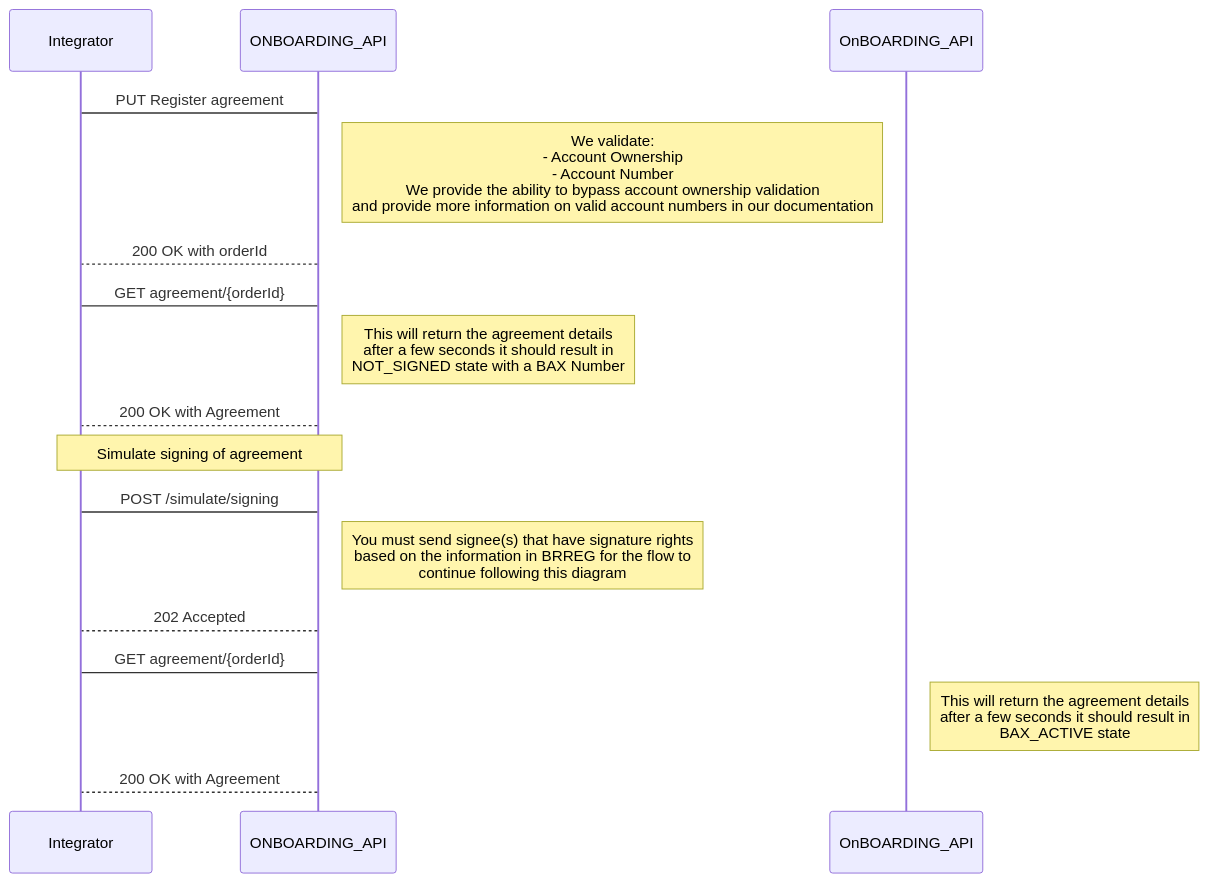
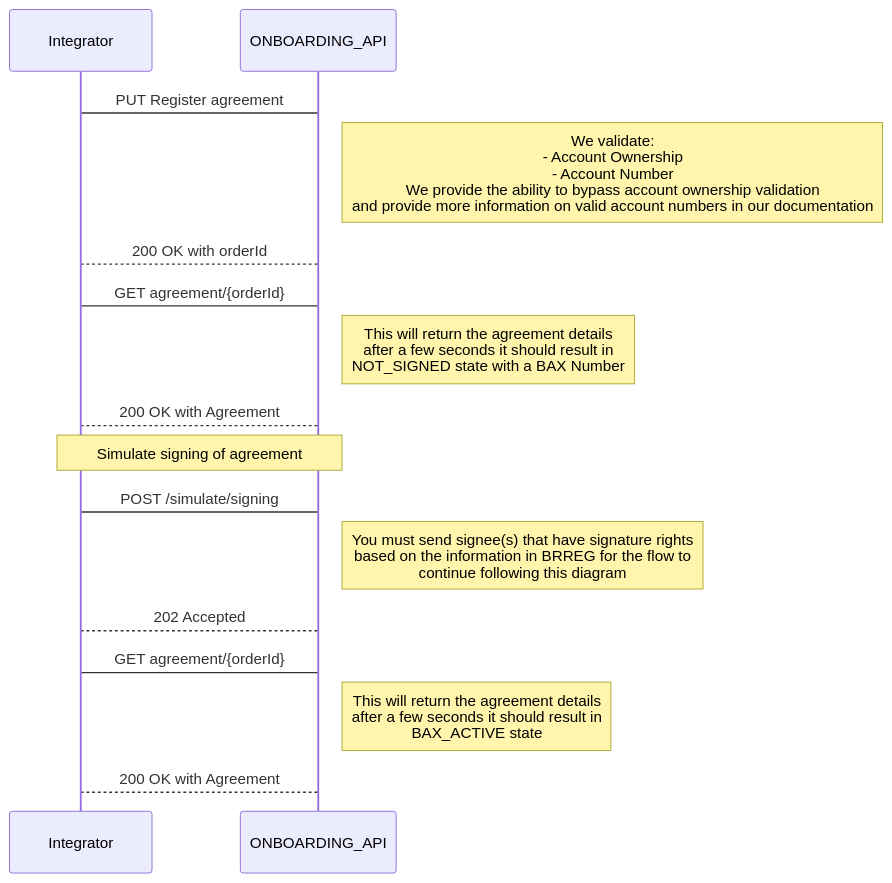
The third of 5 diagrams in docs/getting_started.md (BankAxept/bankaxept-onboarding-external-documentation), drawn with Mermaid before and after one commit. The commit also changed other lines of this file, not shown here.

````diff
--- a/docs/getting_started.md
+++ b/docs/getting_started.md
@@ -68,20 +68,20 @@
 ```mermaid
 sequenceDiagram
 participant Integrator
 participant ONBOARDING_API
 
 Integrator -> ONBOARDING_API: PUT Register agreement
 note right of ONBOARDING_API: We validate: <br/> - Account Ownership <br/> - Account Number <br/> We provide the ability to bypass account ownership validation <br/> and provide more information on valid account numbers in our documentation
 ONBOARDING_API --> Integrator: 200 OK with orderId
 
 Integrator -> ONBOARDING_API : GET agreement/{orderId}
 note right of ONBOARDING_API: This will return the agreement details <br/> after a few seconds it should result in <br/> NOT_SIGNED state with a BAX Number
 ONBOARDING_API --> Integrator: 200 OK with Agreement
 note over Integrator, ONBOARDING_API: Simulate signing of agreement
 Integrator -> ONBOARDING_API: POST /simulate/signing
 note right of ONBOARDING_API: You must send signee(s) that have signature rights <br/> based on the information in BRREG for the flow to <br/> continue following this diagram
 ONBOARDING_API --> Integrator: 202 Accepted
 Integrator -> ONBOARDING_API : GET agreement/{orderId}
-note right of OnBOARDING_API: This will return the agreement details <br/> after a few seconds it should result in <br/> BAX_ACTIVE state
+note right of ONBOARDING_API: This will return the agreement details <br/> after a few seconds it should result in <br/> BAX_ACTIVE state
 ONBOARDING_API --> Integrator: 200 OK with Agreement
 ```
````
